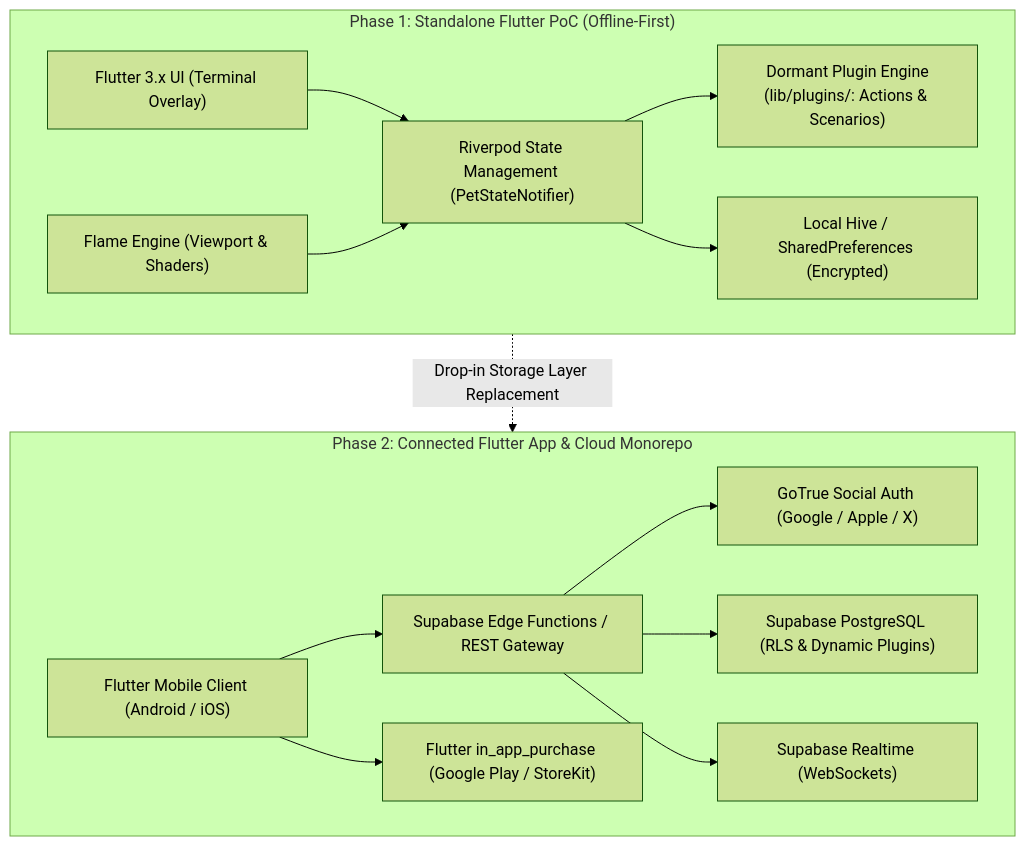
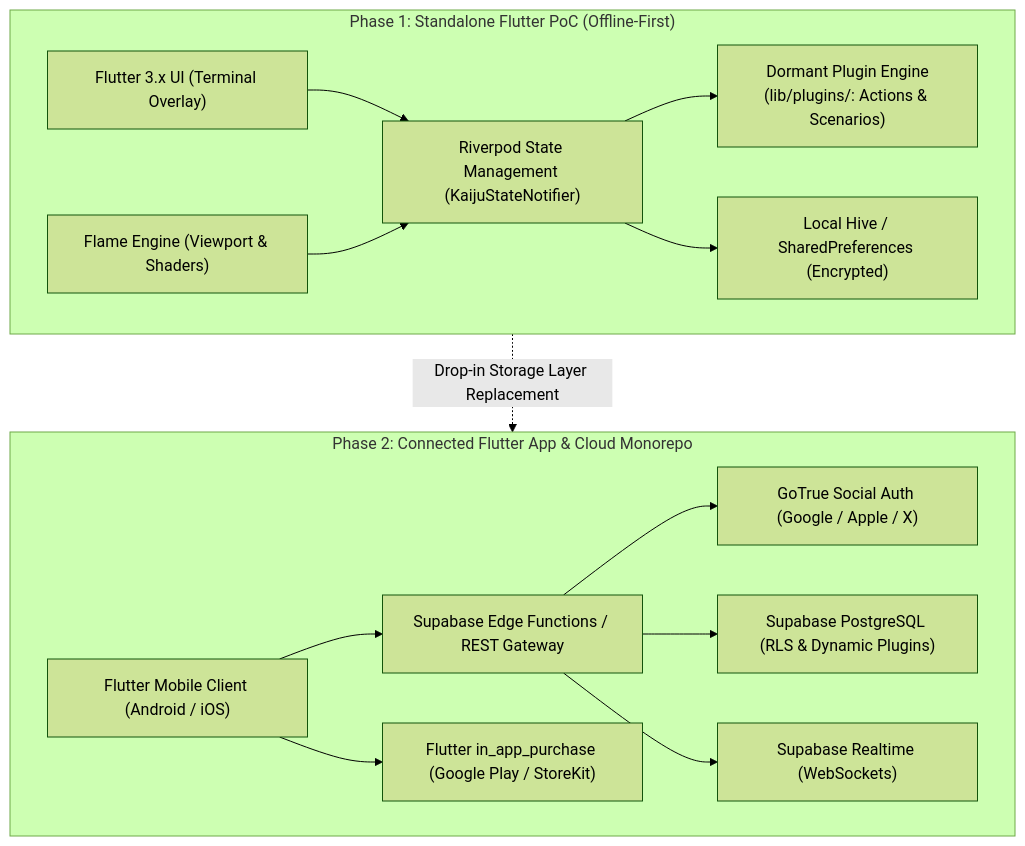
Before and after one commit to TheMrCorvy/HATCH.REF: the diagram in Documentation/Architecture/01-system-overview.md, drawn with Mermaid (forest theme). The commit also changed other lines of this file and 47 other files, not shown here.

````diff
--- a/Documentation/Architecture/01-system-overview.md
+++ b/Documentation/Architecture/01-system-overview.md
@@ -9,32 +9,32 @@
 ```mermaid
 flowchart TD
     subgraph Phase1["Phase 1: Standalone Flutter PoC (Offline-First)"]
         FlutterUI["Flutter 3.x UI (Terminal Overlay)"]
         FlameEngine["Flame Engine (Viewport & Shaders)"]
-        RiverpodState["Riverpod State Management (PetStateNotifier)"]
+        RiverpodState["Riverpod State Management (KaijuStateNotifier)"]
         PluginSubsystem["Dormant Plugin Engine\n(lib/plugins/: Actions & Scenarios)"]
         Storage1["Local Hive / SharedPreferences (Encrypted)"]
 
         FlutterUI --> RiverpodState
         FlameEngine --> RiverpodState
         RiverpodState --> PluginSubsystem
         RiverpodState --> Storage1
     end
 
     subgraph Phase2["Phase 2: Connected Flutter App & Cloud Monorepo"]
         ClientApp["Flutter Mobile Client (Android / iOS)"]
         Gateway["Supabase Edge Functions / REST Gateway"]
         AuthService["GoTrue Social Auth (Google / Apple / X)"]
         DBSync["Supabase PostgreSQL (RLS & Dynamic Plugins)"]
         RealtimeWS["Supabase Realtime (WebSockets)"]
         IAPEngine["Flutter in_app_purchase (Google Play / StoreKit)"]
 
         ClientApp --> Gateway
         Gateway --> AuthService
         Gateway --> DBSync
         Gateway --> RealtimeWS
         ClientApp --> IAPEngine
     end
 
     Phase1 -.->|"Drop-in Storage Layer Replacement"| Phase2
 ```
````
